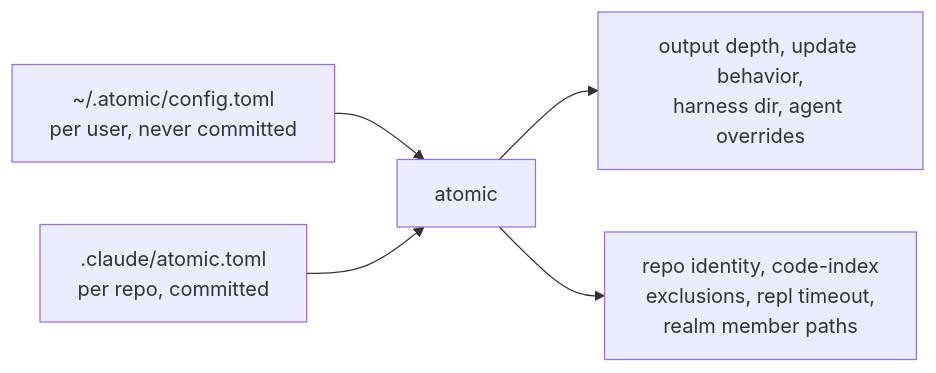
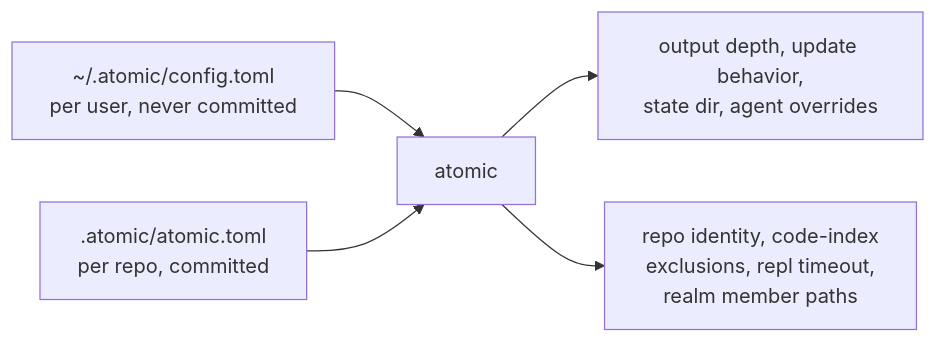
One commit to damusix/atomic-claude changed the diagram in docs/reference/atomic-toml.md. Above: the diagram before and after it, drawn with Mermaid. The commit also changed other lines of this file and 795 other files, not shown here.

First line of the commit message:
feat!: run Atomic on Claude Code, OMP, and Codex

````diff
--- a/docs/reference/atomic-toml.md
+++ b/docs/reference/atomic-toml.md
@@ -7,7 +7,7 @@
 ```mermaid
 flowchart LR
     A["~/.atomic/config.toml<br/>per user, never committed"] --> C["atomic"]
-    B[".claude/atomic.toml<br/>per repo, committed"] --> C
-    C --> D["output depth, update behavior,<br/>harness dir, agent overrides"]
+    B[".atomic/atomic.toml<br/>per repo, committed"] --> C
+    C --> D["output depth, update behavior,<br/>state dir, agent overrides"]
     C --> E["repo identity, code-index<br/>exclusions, repl timeout,<br/>realm member paths"]
 ```
````
